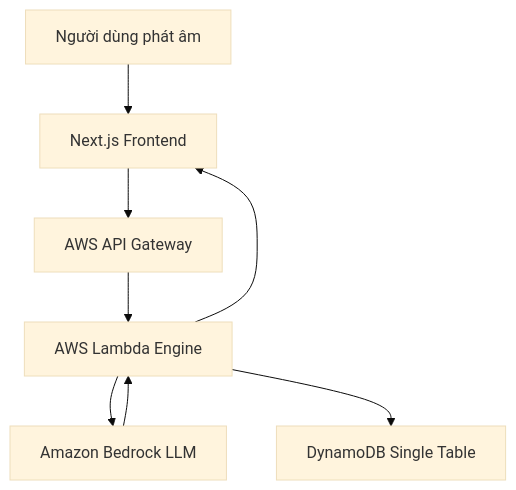
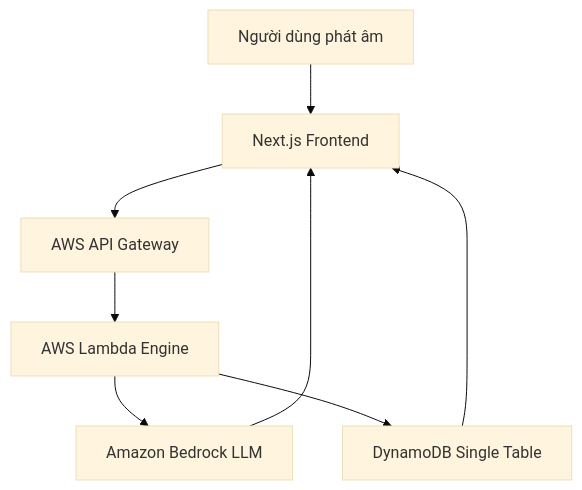
Before and after one commit to nguyengoctin/my_website: the diagram in content/posts/lexi-ai-english-tutor.md, drawn with Mermaid (base theme). The commit also changed 5 other files, not shown here.

````diff
--- a/content/posts/lexi-ai-english-tutor.md
+++ b/content/posts/lexi-ai-english-tutor.md
@@ -27,16 +27,16 @@
 ```mermaid
 flowchart TD
     User["`Người dùng phát âm`"]
     FE["`Next.js Frontend`"]
     Gateway["`AWS API Gateway`"]
     Lambda["`AWS Lambda Engine`"]
     Bedrock["`Amazon Bedrock LLM`"]
     Dynamo["`DynamoDB Single Table`"]
     User --> FE
     FE --> Gateway
     Gateway --> Lambda
     Lambda --> Bedrock
-    Bedrock --> Lambda
     Lambda --> Dynamo
-    Lambda --> FE
+    Bedrock --> FE
+    Dynamo --> FE
 ```
````
